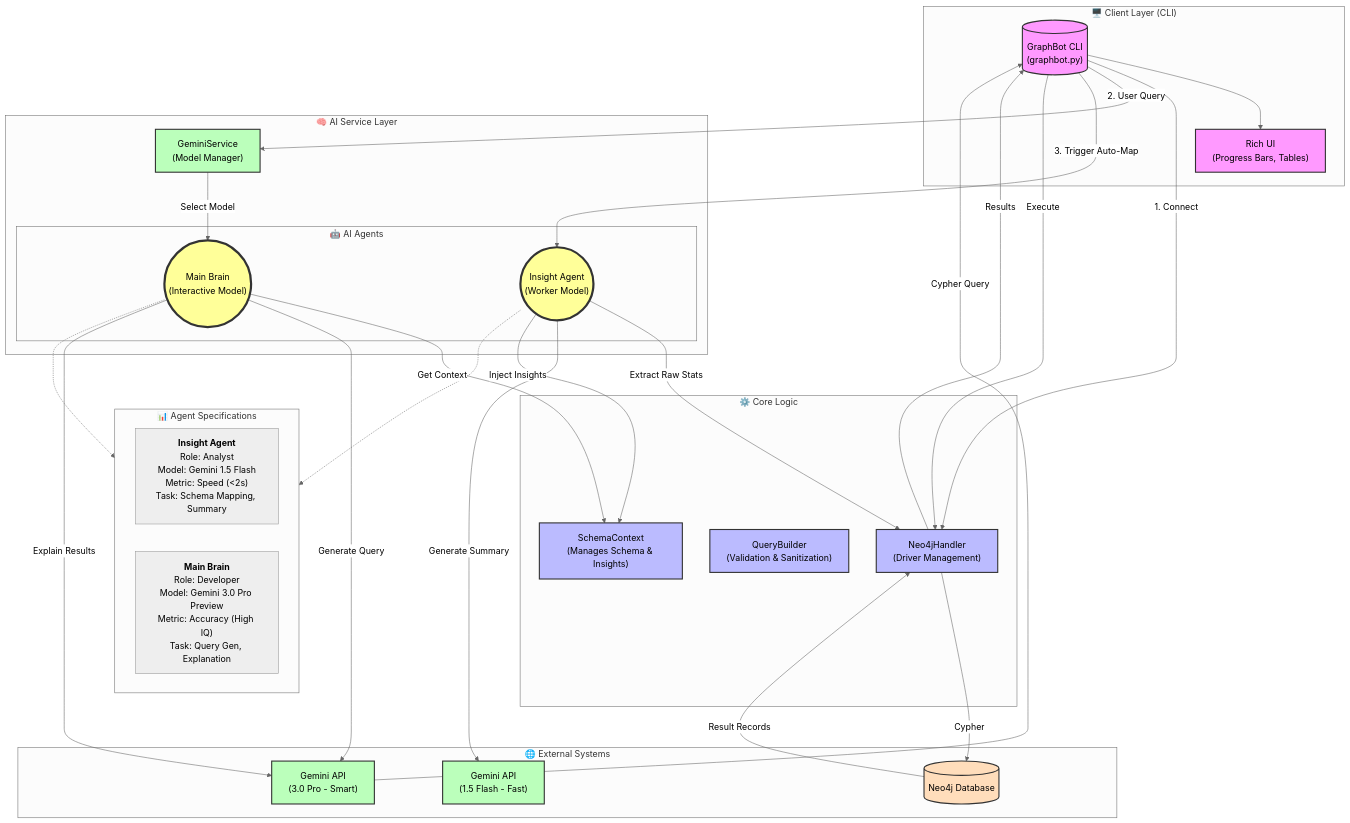
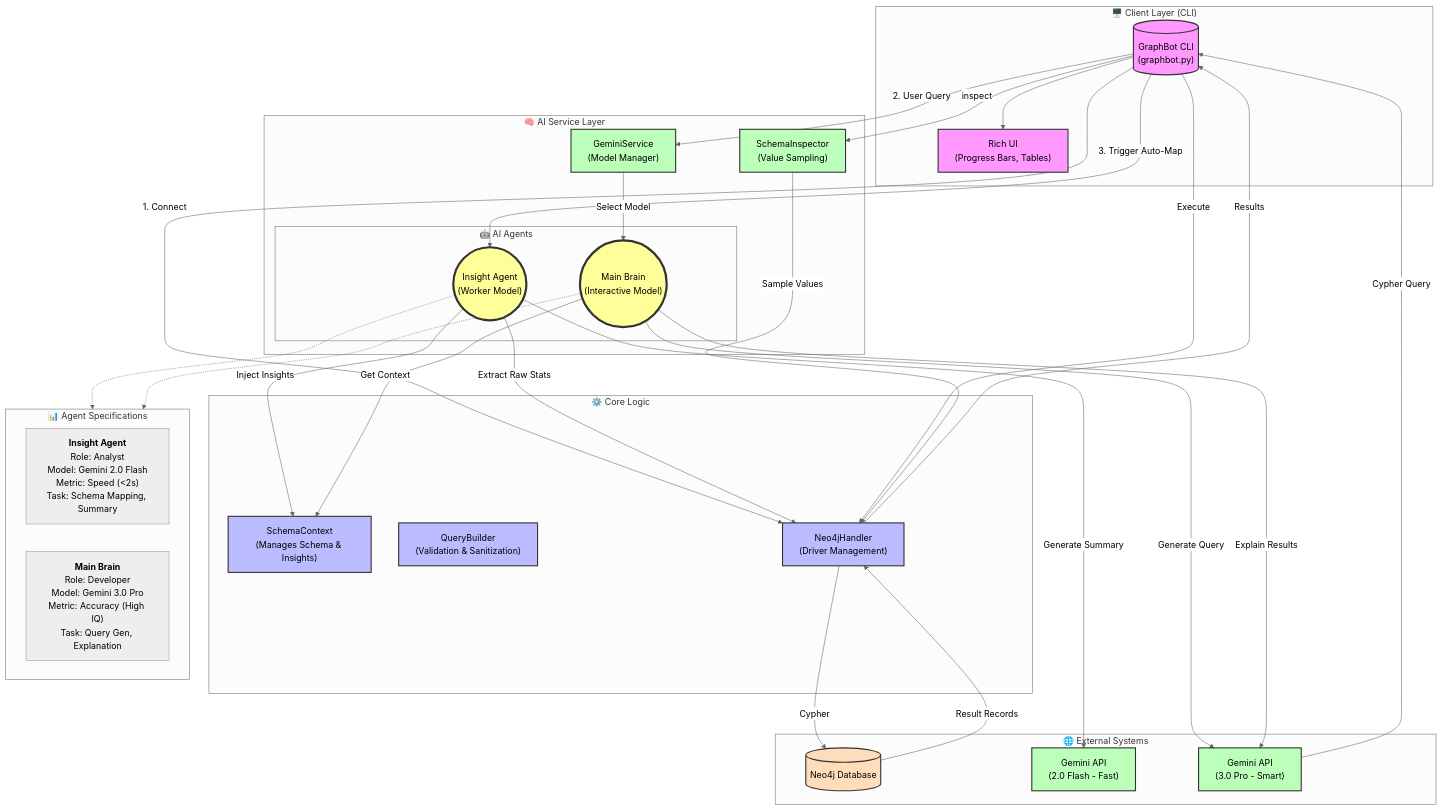
One commit to RafiulPaceProjects/neo4jshandler changed the diagram in docs/architecture.mmd. Above: the diagram before and after it, drawn with Mermaid (neutral theme). The commit also changed 48 other files, not shown here.

```diff
--- a/docs/architecture.mmd
+++ b/docs/architecture.mmd
@@ -1,67 +1,72 @@
 graph TD
     %% Styling
     classDef cli fill:#f9f,stroke:#333,stroke-width:2px,color:black;
     classDef core fill:#bbf,stroke:#333,stroke-width:2px,color:black;
     classDef service fill:#bfb,stroke:#333,stroke-width:2px,color:black;
     classDef db fill:#fdb,stroke:#333,stroke-width:2px,color:black;
     classDef agent fill:#ff9,stroke:#333,stroke-width:4px,color:black;
 
     subgraph Client_Layer ["🖥️ Client Layer (CLI)"]
         CLI[("GraphBot CLI<br/>(graphbot.py)")]:::cli
         CLI_UI["Rich UI<br/>(Progress Bars, Tables)"]:::cli
     end
 
     subgraph Core_Logic ["⚙️ Core Logic"]
         SchemaContext["SchemaContext<br/>(Manages Schema & Insights)"]:::core
         QueryBuilder["QueryBuilder<br/>(Validation & Sanitization)"]:::core
         Neo4jHandler["Neo4jHandler<br/>(Driver Management)"]:::core
     end
 
     subgraph Service_Layer ["🧠 AI Service Layer"]
         GeminiService["GeminiService<br/>(Model Manager)"]:::service
+        SchemaInspector["SchemaInspector<br/>(Value Sampling)"]:::service
         
         subgraph Agents ["🤖 AI Agents"]
             InsightAgent(("Insight Agent<br/>(Worker Model)")):::agent
             MainBrain(("Main Brain<br/>(Interactive Model)")):::agent
         end
     end
 
     subgraph External_Systems ["🌐 External Systems"]
         Neo4jDB[("Neo4j Database")]:::db
-        GeminiAPI_Flash["Gemini API<br/>(1.5 Flash - Fast)"]:::service
+        GeminiAPI_Flash["Gemini API<br/>(2.0 Flash - Fast)"]:::service
         GeminiAPI_Pro["Gemini API<br/>(3.0 Pro - Smart)"]:::service
     end
 
     %% Connections
     CLI --> CLI_UI
     CLI -- "1. Connect" --> Neo4jHandler
     CLI -- "2. User Query" --> GeminiService
+    CLI -- "inspect" --> SchemaInspector
     
     Neo4jHandler -- "Cypher" --> Neo4jDB
     Neo4jDB -- "Result Records" --> Neo4jHandler
     
     %% Insight Flow (Auto-Mapping)
     CLI -- "3. Trigger Auto-Map" --> InsightAgent
     InsightAgent -- "Extract Raw Stats" --> Neo4jHandler
     InsightAgent -- "Generate Summary" --> GeminiAPI_Flash
     InsightAgent -- "Inject Insights" --> SchemaContext
     
     %% Query Flow
     GeminiService -- "Select Model" --> MainBrain
     MainBrain -- "Get Context" --> SchemaContext
     MainBrain -- "Generate Query" --> GeminiAPI_Pro
     MainBrain -- "Explain Results" --> GeminiAPI_Pro
     
     GeminiAPI_Pro -- "Cypher Query" --> CLI
     CLI -- "Execute" --> Neo4jHandler
     Neo4jHandler -- "Results" --> CLI
 
+    %% Inspection Flow
+    SchemaInspector -- "Sample Values" --> Neo4jHandler
+
     %% Agent Details
     subgraph Agent_Specs ["📊 Agent Specifications"]
         direction LR
-        Insight_Spec["<b>Insight Agent</b><br/>Role: Analyst<br/>Model: Gemini 1.5 Flash<br/>Metric: Speed (<2s)<br/>Task: Schema Mapping, Summary"]
-        Main_Spec["<b>Main Brain</b><br/>Role: Developer<br/>Model: Gemini 3.0 Pro Preview<br/>Metric: Accuracy (High IQ)<br/>Task: Query Gen, Explanation"]
+        Insight_Spec["<b>Insight Agent</b><br/>Role: Analyst<br/>Model: Gemini 2.0 Flash<br/>Metric: Speed (<2s)<br/>Task: Schema Mapping, Summary"]
+        Main_Spec["<b>Main Brain</b><br/>Role: Developer<br/>Model: Gemini 3.0 Pro<br/>Metric: Accuracy (High IQ)<br/>Task: Query Gen, Explanation"]
     end
     
     InsightAgent -.-> Insight_Spec
     MainBrain -.-> Main_Spec
```
